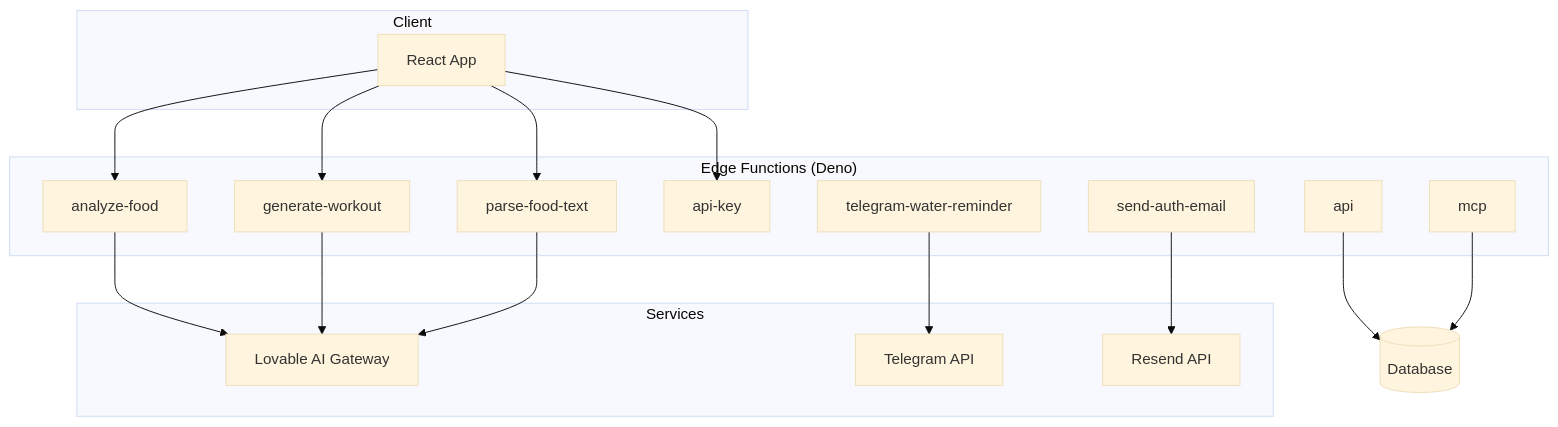
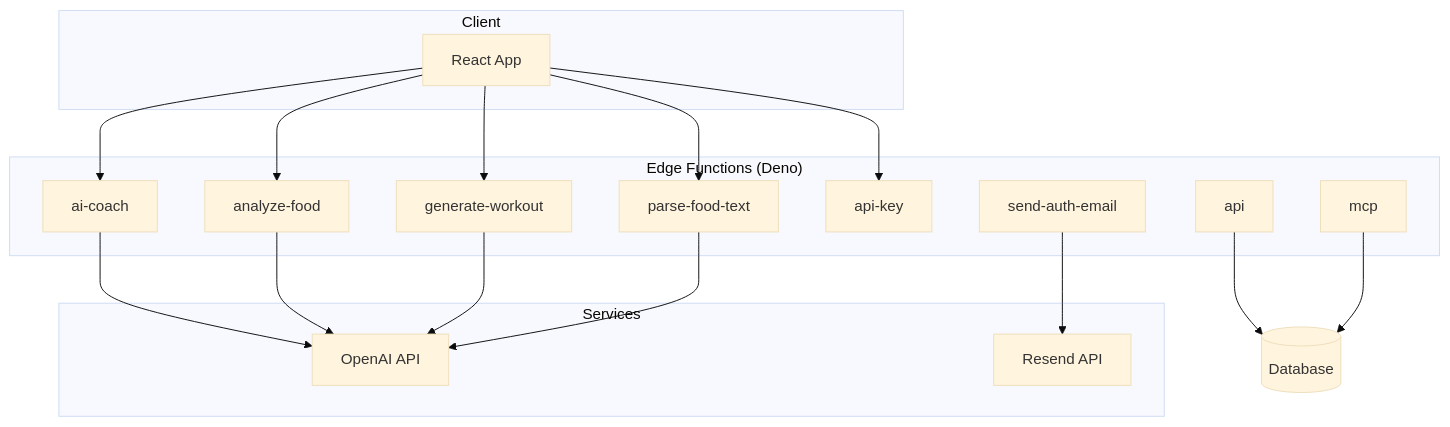
The sixth of 6 diagrams in README.md (Imdavid21/reptrack), drawn with Mermaid (base theme) before and after one commit. The commit also changed other lines of this file, not shown here.

````diff
--- a/README.md
+++ b/README.md
@@ -302,38 +322,28 @@
 ```mermaid
 flowchart TB
     subgraph Client
         App[React App]
     end
 
     subgraph EdgeFunctions["Edge Functions (Deno)"]
+        AC[ai-coach]
         AF[analyze-food]
         GW[generate-workout]
         PF[parse-food-text]
         AK[api-key]
         API[api]
         MCP[mcp]
         SAE[send-auth-email]
-        TWR[telegram-water-reminder]
     end
 
     subgraph Services
-        LAI[Lovable AI Gateway]
-        TG[Telegram API]
+        OAI[OpenAI API]
         RE[Resend API]
     end
 
-    App --> AF
-    App --> GW
-    App --> PF
-    App --> AK
+    App --> AC & AF & GW & PF & AK
     
-    AF --> LAI
-    GW --> LAI
-    PF --> LAI
-    
+    AC & AF & GW & PF --> OAI
     SAE --> RE
-    TWR --> TG
-
-    API --> DB[(Database)]
-    MCP --> DB
+    API & MCP --> DB[(Database)]
 ```
````
